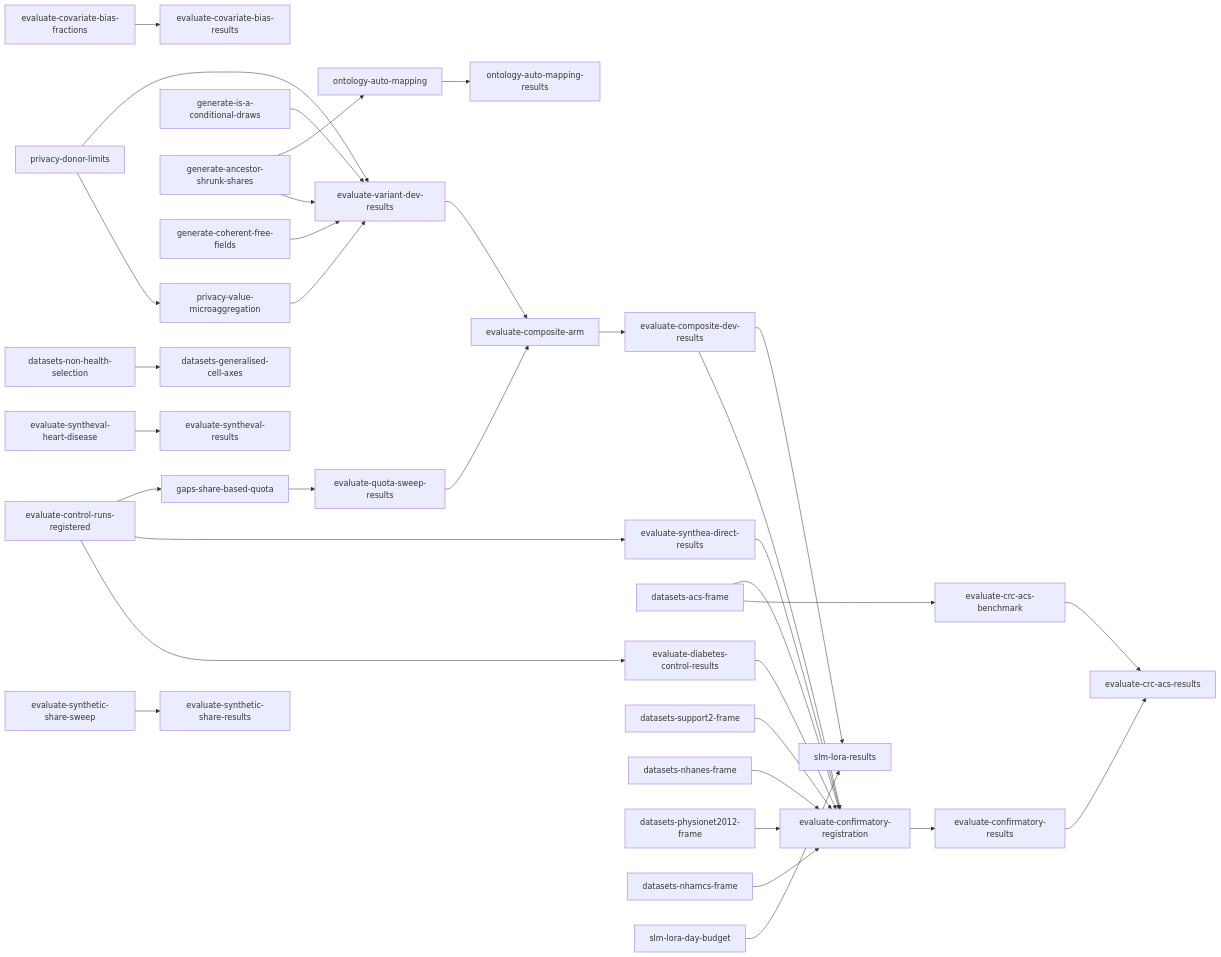
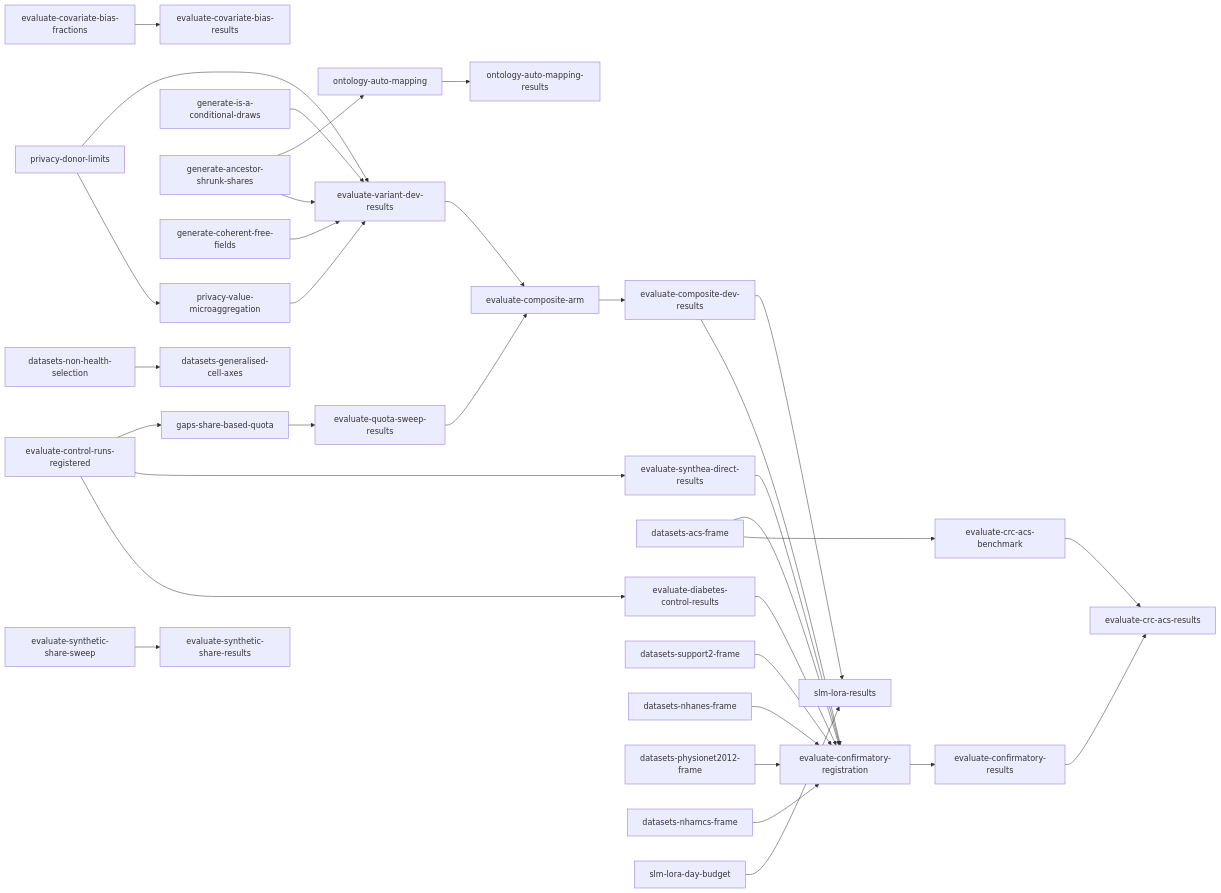
The diagram in tasks/direct-index.md (joe-dartmouth/synthetic), drawn with Mermaid before and after one commit. The commit also changed other lines of this file and 38 other files, not shown here.

````diff
--- a/tasks/direct-index.md
+++ b/tasks/direct-index.md
@@ -76,36 +75,35 @@
 ```mermaid
 flowchart LR
     u37[evaluate-covariate-bias-fractions] --> u38[evaluate-covariate-bias-results]
     u6[evaluate-control-runs-registered] --> u7[evaluate-diabetes-control-results]
     u6 --> u8[evaluate-synthea-direct-results]
     u15[privacy-donor-limits] --> u16[privacy-value-microaggregation]
     u11[generate-is-a-conditional-draws] --> u19[evaluate-variant-dev-results]
     u13[generate-ancestor-shrunk-shares] --> u19
     u15 --> u19
     u16 --> u19
     u17[generate-coherent-free-fields] --> u19
     u6 --> u20[gaps-share-based-quota]
     u20 --> u21[evaluate-quota-sweep-results]
     u27[datasets-acs-frame] --> u41[evaluate-crc-acs-benchmark]
     u49[datasets-non-health-selection] --> u50[datasets-generalised-cell-axes]
-    u43[evaluate-syntheval-heart-disease] --> u44[evaluate-syntheval-results]
     u19 --> u28[evaluate-composite-arm]
     u21 --> u28
     u28 --> u29[evaluate-composite-dev-results]
     u7 --> u30[evaluate-confirmatory-registration]
     u8 --> u30
     u45[evaluate-synthetic-share-sweep] --> u46[evaluate-synthetic-share-results]
     u25[datasets-support2-frame] --> u30
     u26[datasets-nhanes-frame] --> u30
     u27 --> u30
     u47[datasets-physionet2012-frame] --> u30
     u48[datasets-nhamcs-frame] --> u30
     u29 --> u30
     u30 --> u31[evaluate-confirmatory-results]
     u41 --> u42[evaluate-crc-acs-results]
     u31 --> u42
     u13 --> u32[ontology-auto-mapping]
     u32 --> u33[ontology-auto-mapping-results]
     u29 --> u36[slm-lora-results]
     u51[slm-lora-day-budget] --> u36
 ```
````
